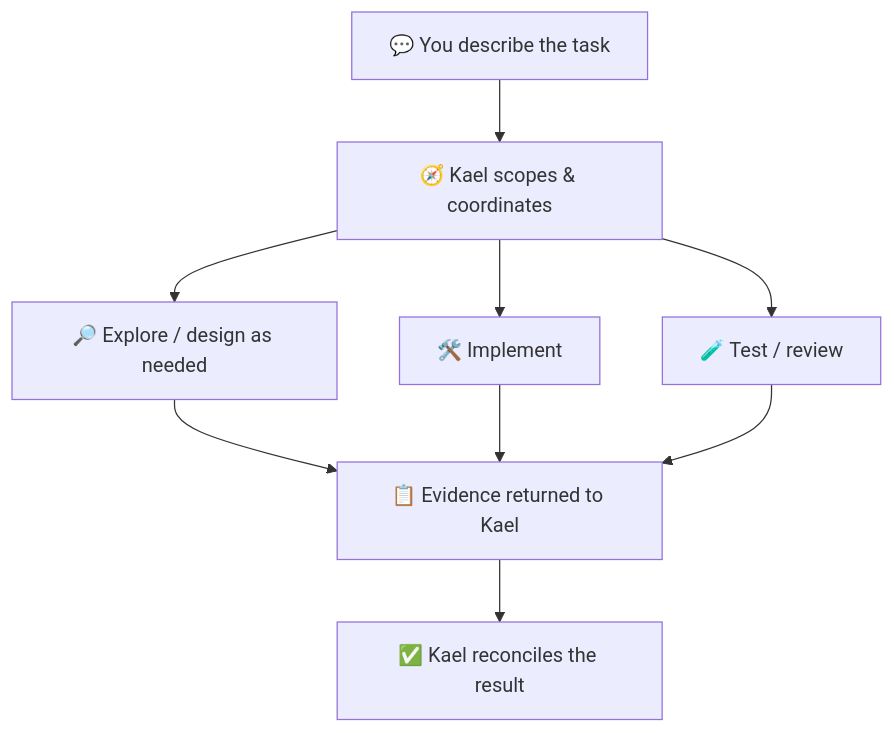
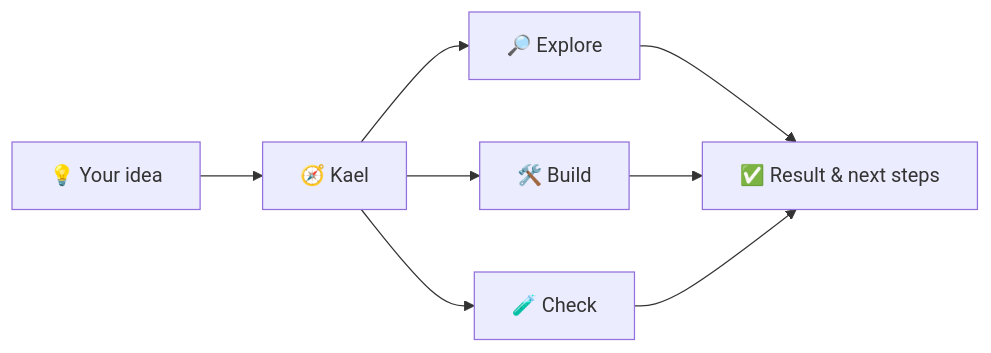
The diagram in README.md (Edulynch/OpenCode-OlympusAgents), drawn with Mermaid before and after one commit. The commit also changed other lines of this file and 3 other files, not shown here.

````diff
--- a/README.md
+++ b/README.md
@@ -50,11 +56,10 @@
 ```mermaid
-flowchart TD
-    U["💬 You describe the task"] --> K["🧭 Kael scopes & coordinates"]
-    K --> E["🔎 Explore / design as needed"]
-    K --> B["🛠️ Implement"]
-    K --> V["🧪 Test / review"]
-    E --> R["📋 Evidence returned to Kael"]
-    B --> R
-    V --> R
-    R --> O["✅ Kael reconciles the result"]
+flowchart LR
+    A["💡 Your idea"] --> B["🧭 Kael"]
+    B --> C["🔎 Explore"]
+    B --> D["🛠️ Build"]
+    B --> E["🧪 Check"]
+    C --> F["✅ Result & next steps"]
+    D --> F
+    E --> F
 ```
````
